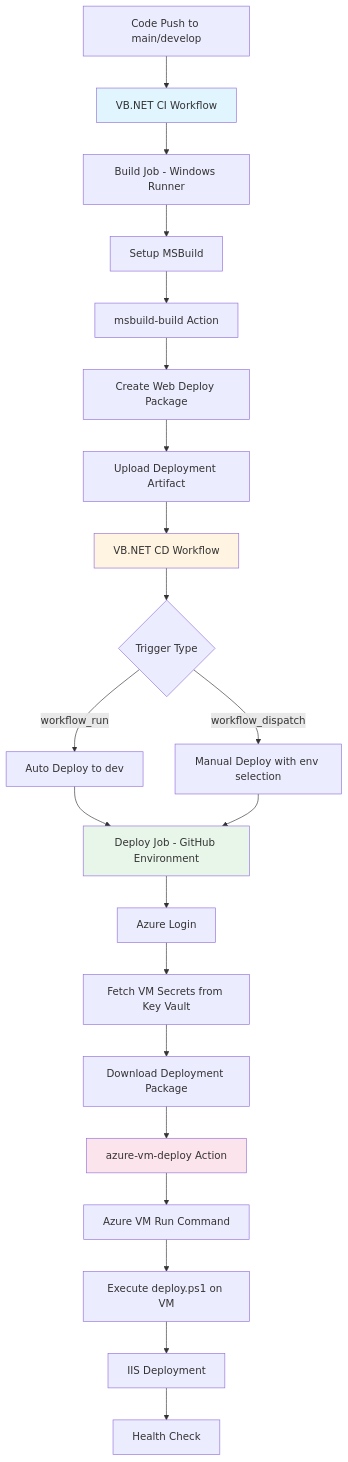
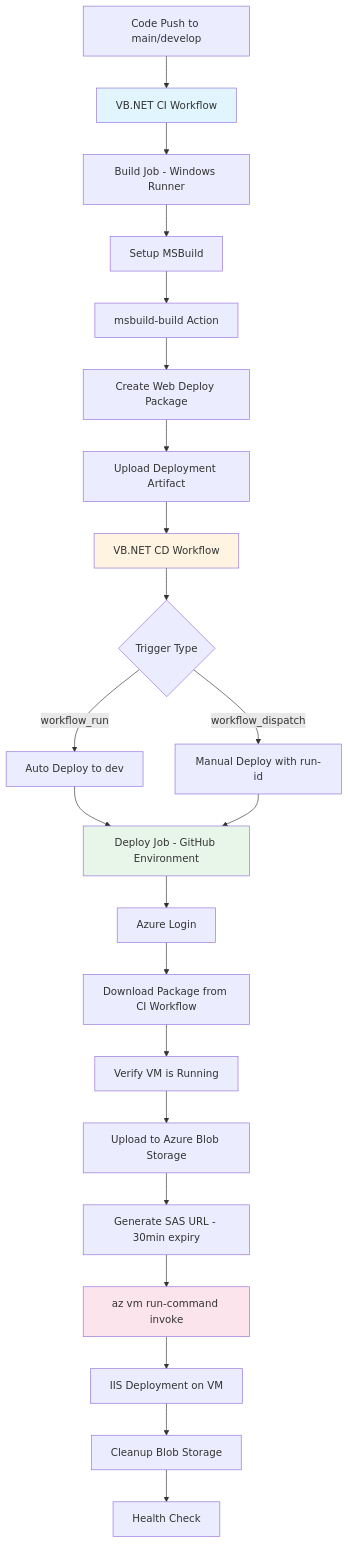
Before and after one commit to vinoth-kumar-k/github-test-workflows: the second of 9 diagrams in docs/architecture/workflows-architecture.md, drawn with Mermaid. The commit also changed other lines of this file, not shown here.

First line of the commit message:
docs: update architecture doc with extensibility, security hardening, and best practices

````diff
--- a/docs/architecture/workflows-architecture.md
+++ b/docs/architecture/workflows-architecture.md
@@ -58,29 +71,30 @@
 ```mermaid
 graph TB
     A[Code Push to main/develop] --> B[VB.NET CI Workflow]
     B --> C[Build Job - Windows Runner]
     C --> D[Setup MSBuild]
     D --> E[msbuild-build Action]
     E --> F[Create Web Deploy Package]
     F --> G[Upload Deployment Artifact]
 
     G --> H[VB.NET CD Workflow]
     H --> I{Trigger Type}
     I -->|workflow_run| J[Auto Deploy to dev]
-    I -->|workflow_dispatch| K[Manual Deploy with env selection]
+    I -->|workflow_dispatch| K[Manual Deploy with run-id]
 
     J & K --> L[Deploy Job - GitHub Environment]
     L --> M[Azure Login]
-    M --> N[Fetch VM Secrets from Key Vault]
-    N --> O[Download Deployment Package]
-    O --> P[azure-vm-deploy Action]
-    P --> Q[Azure VM Run Command]
-    Q --> R[Execute deploy.ps1 on VM]
-    R --> S[IIS Deployment]
-    S --> T[Health Check]
+    M --> N[Download Package from CI Workflow]
+    N --> O[Verify VM is Running]
+    O --> P[Upload to Azure Blob Storage]
+    P --> Q[Generate SAS URL - 30min expiry]
+    Q --> R[az vm run-command invoke]
+    R --> S[IIS Deployment on VM]
+    S --> T[Cleanup Blob Storage]
+    T --> U[Health Check]
 
     style B fill:#e1f5ff
     style H fill:#fff4e1
     style L fill:#e8f5e9
-    style P fill:#fce4ec
+    style R fill:#fce4ec
 ```
````
